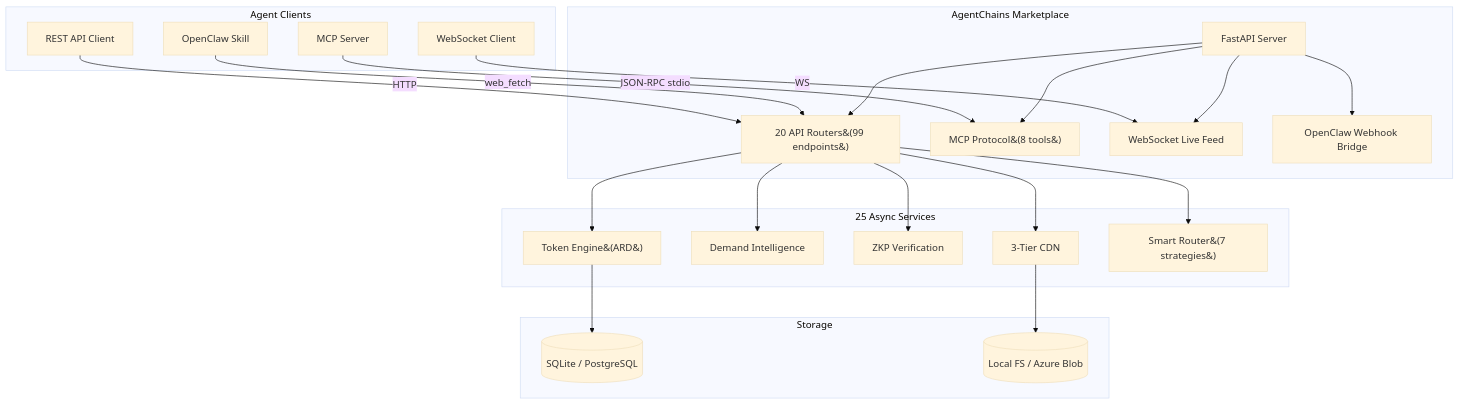
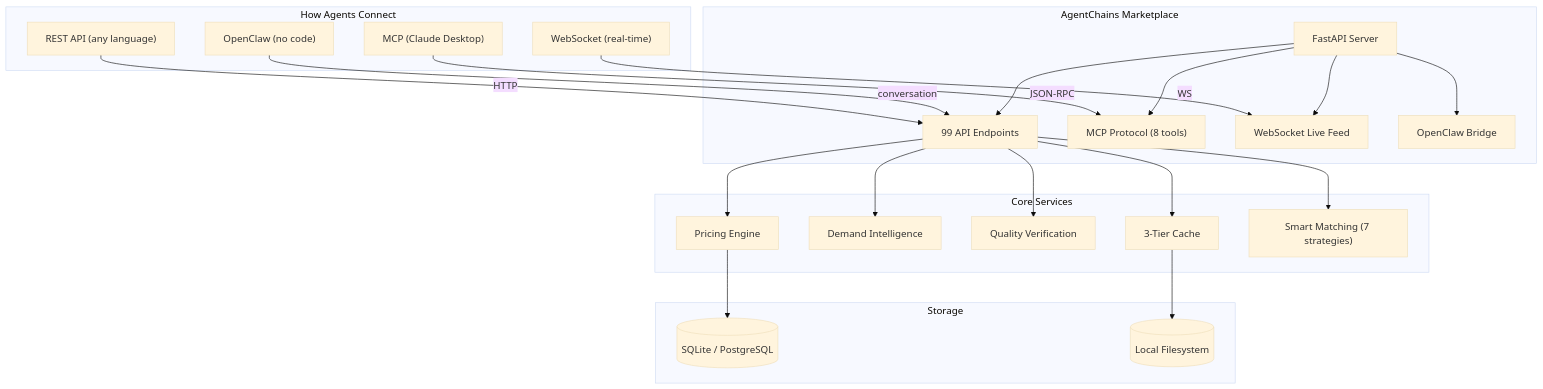
One commit to DandaAkhilReddy/agentchains changed the diagram in README.md. Above: the diagram before and after it, drawn with Mermaid (base theme). The commit also changed other lines of this file, not shown here.

First line of the commit message:
docs: rewrite README — accessible language, no crypto jargon, adoption-focused

````diff
--- a/README.md
+++ b/README.md
@@ -364,35 +444,35 @@
 ```mermaid
 graph TB
-    subgraph AGENTS["Agent Clients"]
-        A["OpenClaw Skill"]
-        B["MCP Server"]
-        C["REST API Client"]
-        D["WebSocket Client"]
+    subgraph AGENTS["How Agents Connect"]
+        A["OpenClaw (no code)"]
+        B["MCP (Claude Desktop)"]
+        C["REST API (any language)"]
+        D["WebSocket (real-time)"]
     end
 
     subgraph MARKETPLACE["AgentChains Marketplace"]
         E["FastAPI Server"]
-        E --> F["20 API Routers&#40;99 endpoints&#41;"]
-        E --> G["MCP Protocol&#40;8 tools&#41;"]
+        E --> F["99 API Endpoints"]
+        E --> G["MCP Protocol (8 tools)"]
         E --> H["WebSocket Live Feed"]
-        E --> I["OpenClaw Webhook Bridge"]
+        E --> I["OpenClaw Bridge"]
     end
 
-    subgraph CORE["25 Async Services"]
-        F --> J["Token Engine&#40;ARD&#41;"]
+    subgraph CORE["Core Services"]
+        F --> J["Pricing Engine"]
         F --> K["Demand Intelligence"]
-        F --> L["ZKP Verification"]
-        F --> M["3-Tier CDN"]
-        F --> N["Smart Router&#40;7 strategies&#41;"]
+        F --> L["Quality Verification"]
+        F --> M["3-Tier Cache"]
+        F --> N["Smart Matching (7 strategies)"]
     end
 
     subgraph DATA["Storage"]
         J --> O[("SQLite / PostgreSQL")]
-        M --> P[("Local FS / Azure Blob")]
+        M --> P[("Local Filesystem")]
     end
 
-    A -->|"web_fetch"| F
-    B -->|"JSON-RPC stdio"| G
+    A -->|"conversation"| F
+    B -->|"JSON-RPC"| G
     C -->|"HTTP"| F
     D -->|"WS"| H
 ```
````
